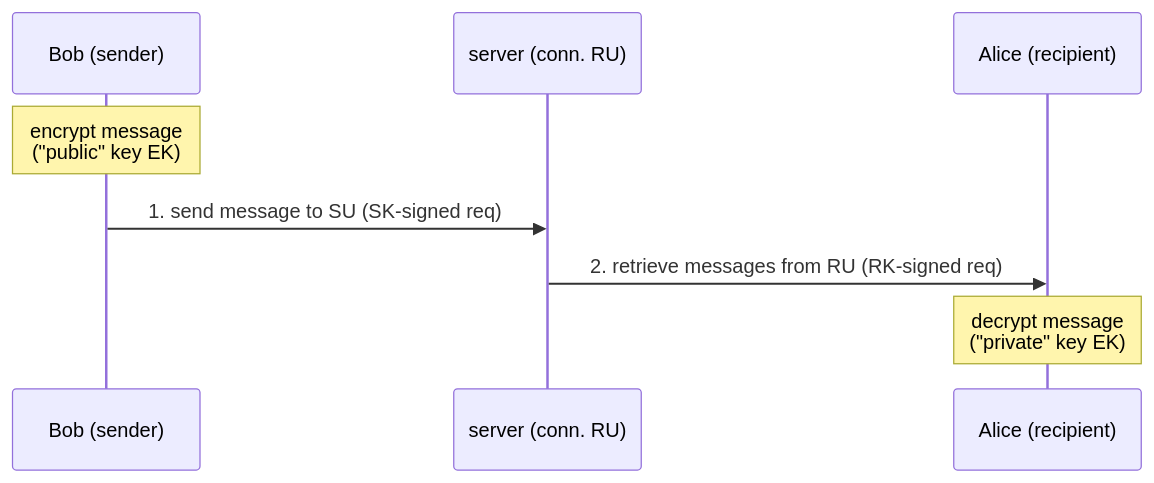
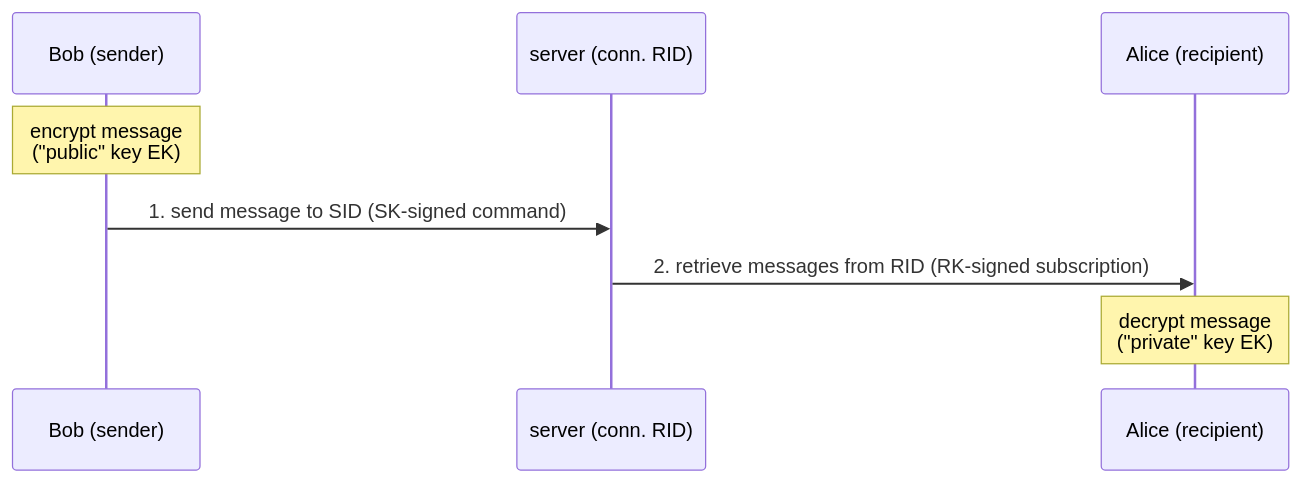
The diagram in diagrams/simplex-messaging/simplex-using.mmd (simplex-chat/simplex-chat), drawn with Mermaid before and after one commit. The commit also changed 9 other files, not shown here.

Commit message:
update diagrams

```diff
--- a/diagrams/simplex-messaging/simplex-using.mmd
+++ b/diagrams/simplex-messaging/simplex-using.mmd
@@ -1,10 +1,10 @@
 sequenceDiagram
   participant B as Bob (sender)
-  participant S as server (conn. RU)
+  participant S as server (conn. RID)
   participant A as Alice (recipient)
 
-  note over B: encrypt message <br> ("public" key EK)
-  B ->> S: 1. send message to SU (SK-signed req)
+  note over B: encrypt message<br>("public" key EK)
+  B ->> S: 1. send message to SID (SK-signed command)
 
-  S ->> A: 2. retrieve messages from RU (RK-signed req)
-  note over A: decrypt message <br> ("private" key EK)
+  S ->> A: 2. retrieve messages from RID (RK-signed subscription)
+  note over A: decrypt message<br>("private" key EK)
```
